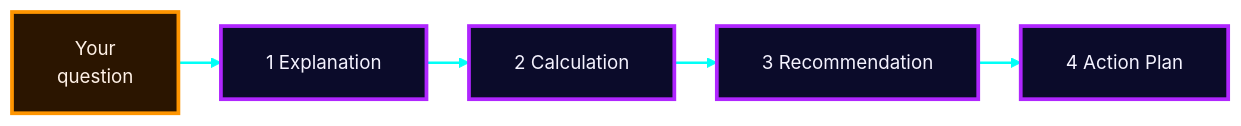
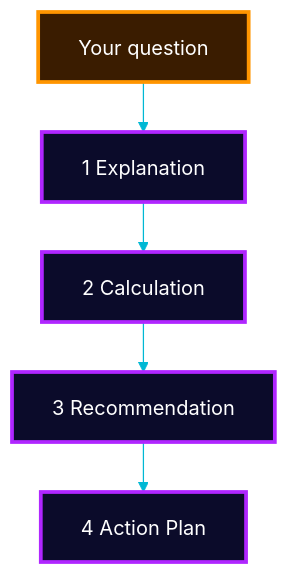
Diagram 13 of 17 in README.md (Mansi232323/MANSHORA), drawn with Mermaid before and after one commit. The commit also changed other lines of this file, not shown here.

````diff
--- a/README.md
+++ b/README.md
@@ -494,10 +482,12 @@
 ```mermaid
-%%{init: {'theme':'base','themeVariables':{'fontSize':'15px','fontFamily':'Arial, Helvetica, sans-serif','primaryColor':'#0b0b2a','primaryTextColor':'#f5f3ff','primaryBorderColor':'#b026ff','lineColor':'#00fff7','textColor':'#f5f3ff','edgeLabelBackground':'#0b0b2a'},'flowchart':{'htmlLabels':false,'nodeSpacing':26,'rankSpacing':34,'padding':18,'curve':'linear'}}}%%
-flowchart LR
-    Q["Your<br/>question"] --> E["1 Explanation"] --> C["2 Calculation"] --> R["3 Recommendation"] --> A["4 Action Plan"]
-    classDef a fill:#0b0b2a,stroke:#b026ff,stroke-width:3px,color:#f5f3ff
-    classDef q fill:#2b1500,stroke:#ff9500,stroke-width:3px,color:#fff1e6
+%%{init: {'theme':'base','themeVariables':{'fontSize':'16px','fontFamily':'Arial, Helvetica, sans-serif','primaryColor':'#0b0b2a','primaryTextColor':'#ffffff','primaryBorderColor':'#b026ff','lineColor':'#00b8d4','textColor':'#ffffff','edgeLabelBackground':'#0b0b2a'},'flowchart':{'htmlLabels':true,'nodeSpacing':30,'rankSpacing':40,'padding':16,'curve':'basis','wrappingWidth':240,'useMaxWidth':true}}}%%
+flowchart TB
+    Q["Your question"] --> E["1 Explanation"]
+    E --> C["2 Calculation"]
+    C --> R["3 Recommendation"]
+    R --> A["4 Action Plan"]
+    classDef a fill:#0b0b2a,stroke:#b026ff,stroke-width:3px,color:#ffffff
+    classDef q fill:#3a1c00,stroke:#ff9500,stroke-width:3px,color:#ffffff
     class E,C,R,A a
     class Q q
-    linkStyle default fill:none,stroke:#00fff7,stroke-width:2px
 ```
````
